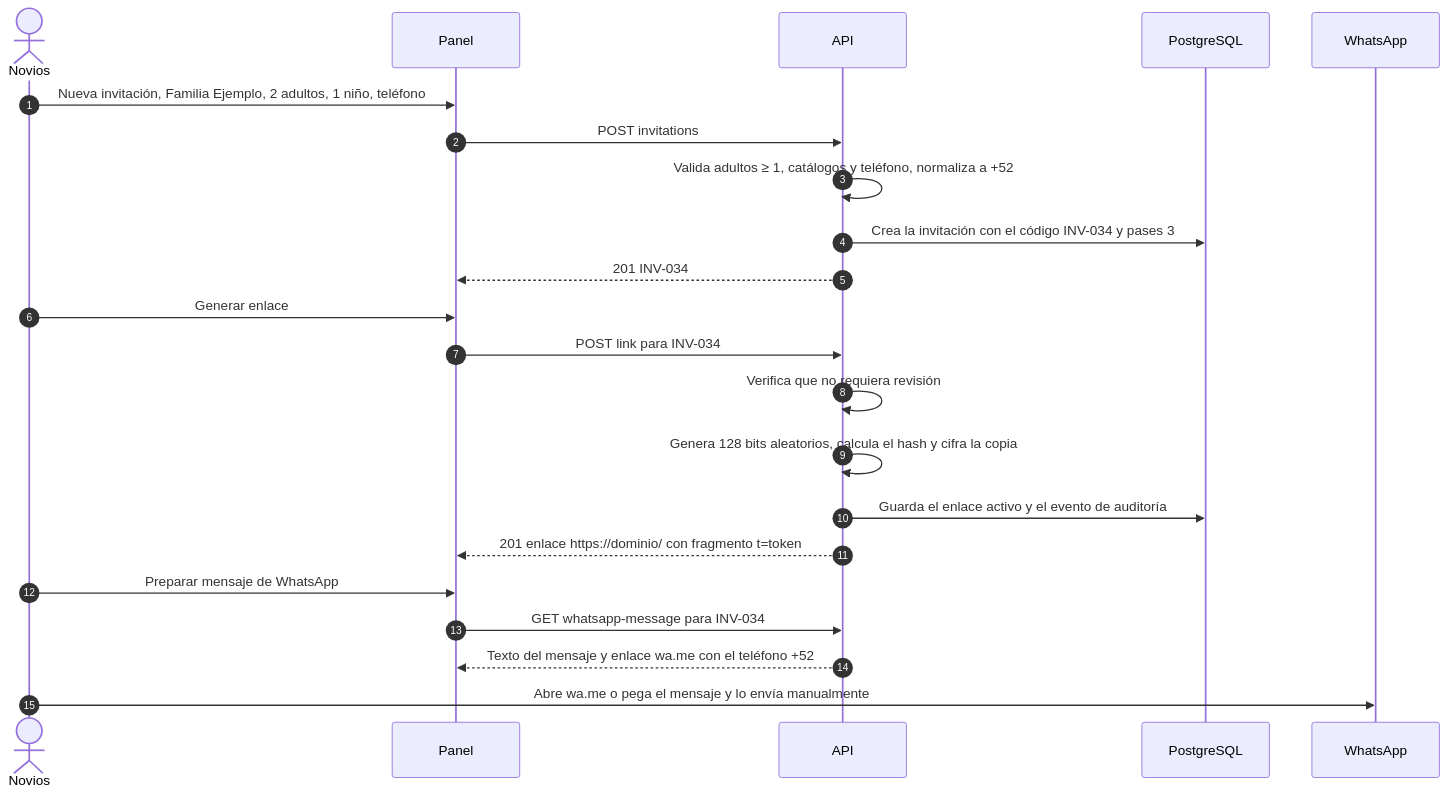
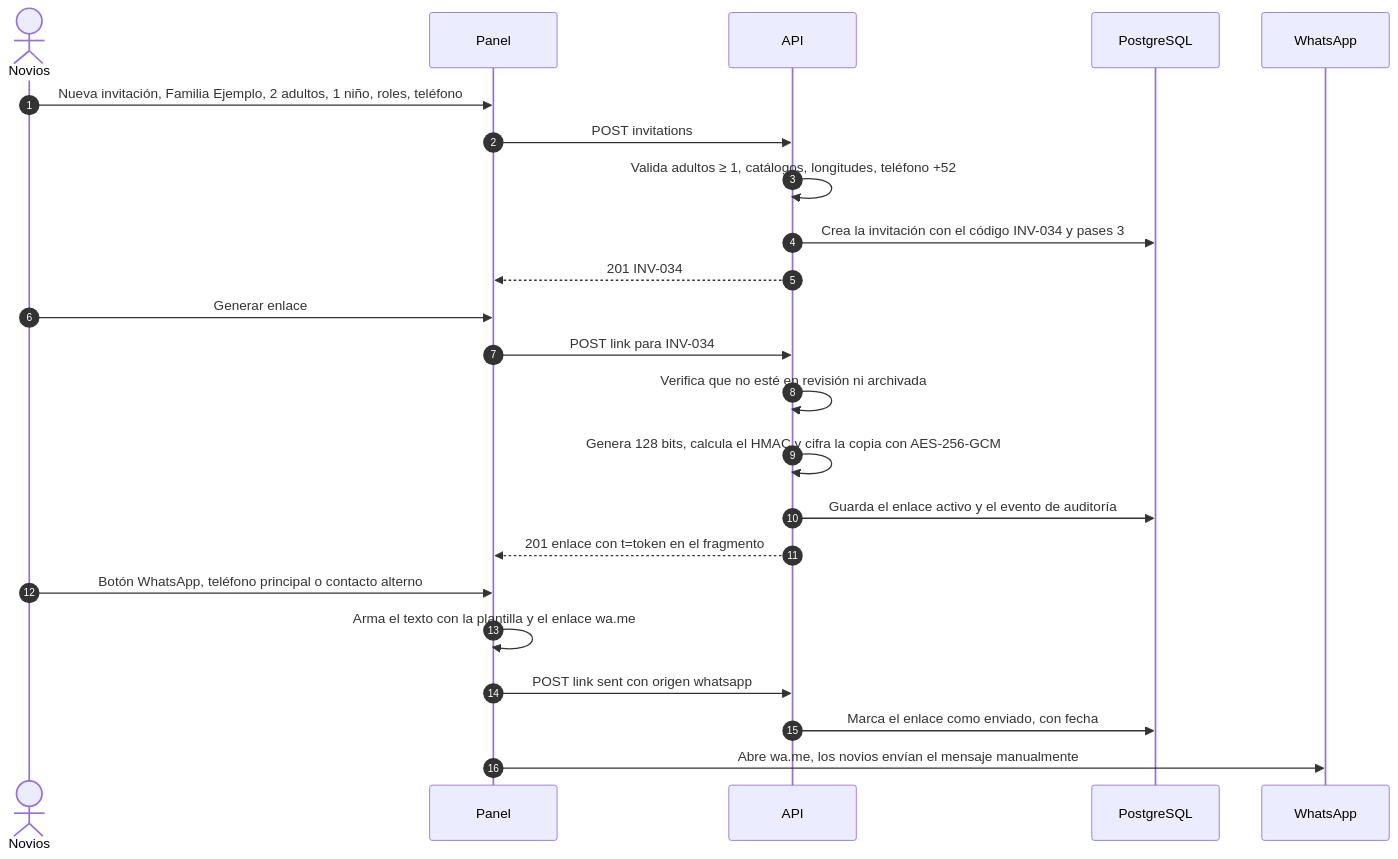
One commit to Mayra-ux/ma-wedding changed the second of 6 diagrams in docs/architecture/04-flujos-admin.md. Above: the diagram before and after it, drawn with Mermaid. The commit also changed other lines of this file and 26 other files, not shown here.

````diff
--- a/docs/architecture/04-flujos-admin.md
+++ b/docs/architecture/04-flujos-admin.md
@@ -28,25 +33,26 @@
 ```mermaid
 sequenceDiagram
   autonumber
   actor N as Novios
   participant P as Panel
   participant A as API
   participant D as PostgreSQL
   participant WA as WhatsApp
 
-  N->>P: Nueva invitación, Familia Ejemplo, 2 adultos, 1 niño, teléfono
+  N->>P: Nueva invitación, Familia Ejemplo, 2 adultos, 1 niño, roles, teléfono
   P->>A: POST invitations
-  A->>A: Valida adultos ≥ 1, catálogos y teléfono, normaliza a +52
+  A->>A: Valida adultos ≥ 1, catálogos, longitudes, teléfono +52
   A->>D: Crea la invitación con el código INV-034 y pases 3
   A-->>P: 201 INV-034
   N->>P: Generar enlace
   P->>A: POST link para INV-034
-  A->>A: Verifica que no requiera revisión
-  A->>A: Genera 128 bits aleatorios, calcula el hash y cifra la copia
+  A->>A: Verifica que no esté en revisión ni archivada
+  A->>A: Genera 128 bits, calcula el HMAC y cifra la copia con AES-256-GCM
   A->>D: Guarda el enlace activo y el evento de auditoría
-  A-->>P: 201 enlace https://dominio/ con fragmento t=token
-  N->>P: Preparar mensaje de WhatsApp
-  P->>A: GET whatsapp-message para INV-034
-  A-->>P: Texto del mensaje y enlace wa.me con el teléfono +52
-  N->>WA: Abre wa.me o pega el mensaje y lo envía manualmente
+  A-->>P: 201 enlace con t=token en el fragmento
+  N->>P: Botón WhatsApp, teléfono principal o contacto alterno
+  P->>P: Arma el texto con la plantilla y el enlace wa.me
+  P->>A: POST link sent con origen whatsapp
+  A->>D: Marca el enlace como enviado, con fecha
+  P->>WA: Abre wa.me, los novios envían el mensaje manualmente
 ```
````
